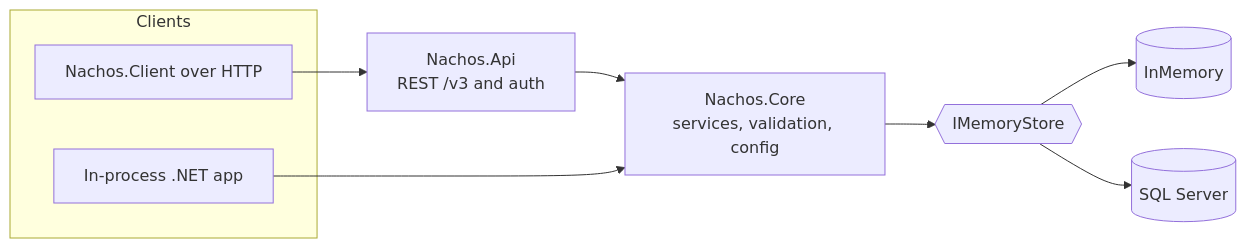
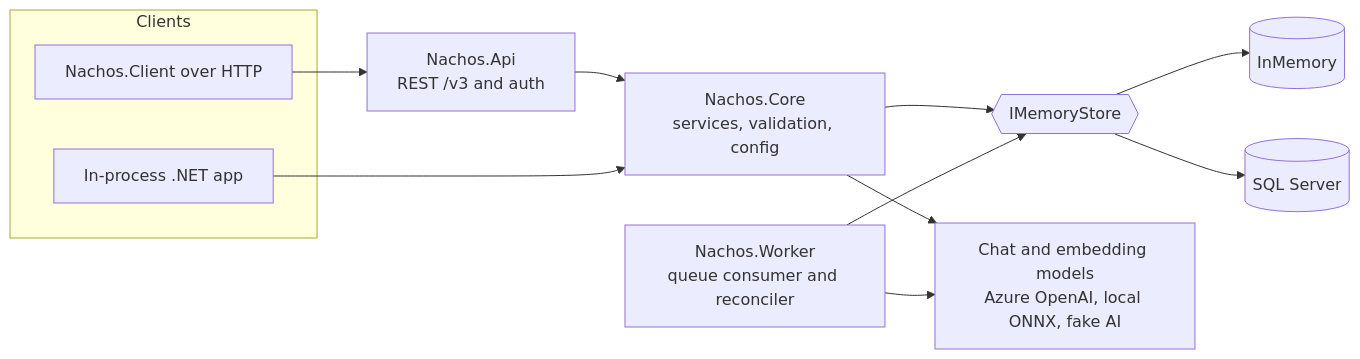
Before and after one commit to brendankowitz/nachos: the diagram in README.md, drawn with Mermaid. The commit also changed other lines of this file and 8 other files, not shown here.

First line of the commit message:
docs(m3): architecture, observation model and pipeline diagrams

````diff
--- a/README.md
+++ b/README.md
@@ -247,18 +247,23 @@
 ```mermaid
 flowchart LR
   subgraph Clients
     HttpClient[Nachos.Client over HTTP]
     InProc[In-process .NET app]
   end
   Api[Nachos.Api<br/>REST /v3 and auth]
   Core[Nachos.Core<br/>services, validation, config]
+  Worker[Nachos.Worker<br/>queue consumer and reconciler]
   Store{{IMemoryStore}}
   Mem[(InMemory)]
   Sql[(SQL Server)]
+  AI[Chat and embedding models<br/>Azure OpenAI, local ONNX, fake AI]
   HttpClient --> Api
   Api --> Core
   InProc --> Core
   Core --> Store
+  Worker --> Store
+  Core --> AI
+  Worker --> AI
   Store --> Mem
   Store --> Sql
 ```
````
